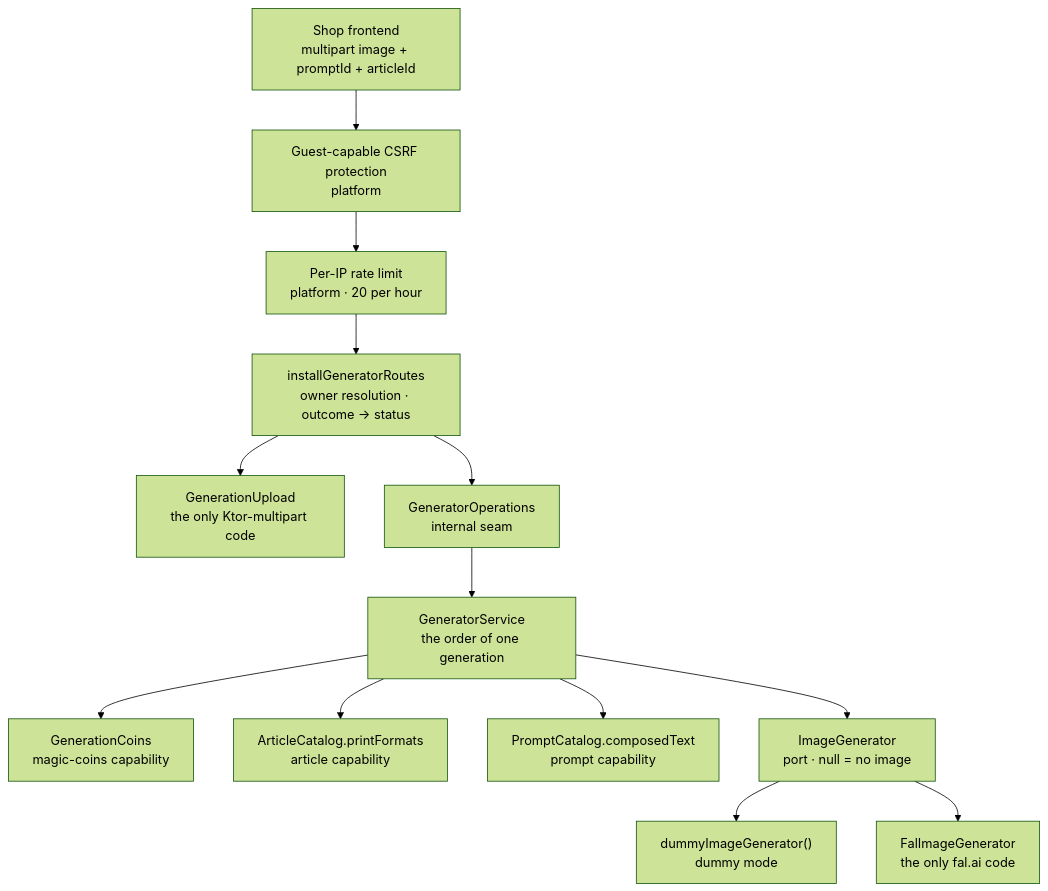
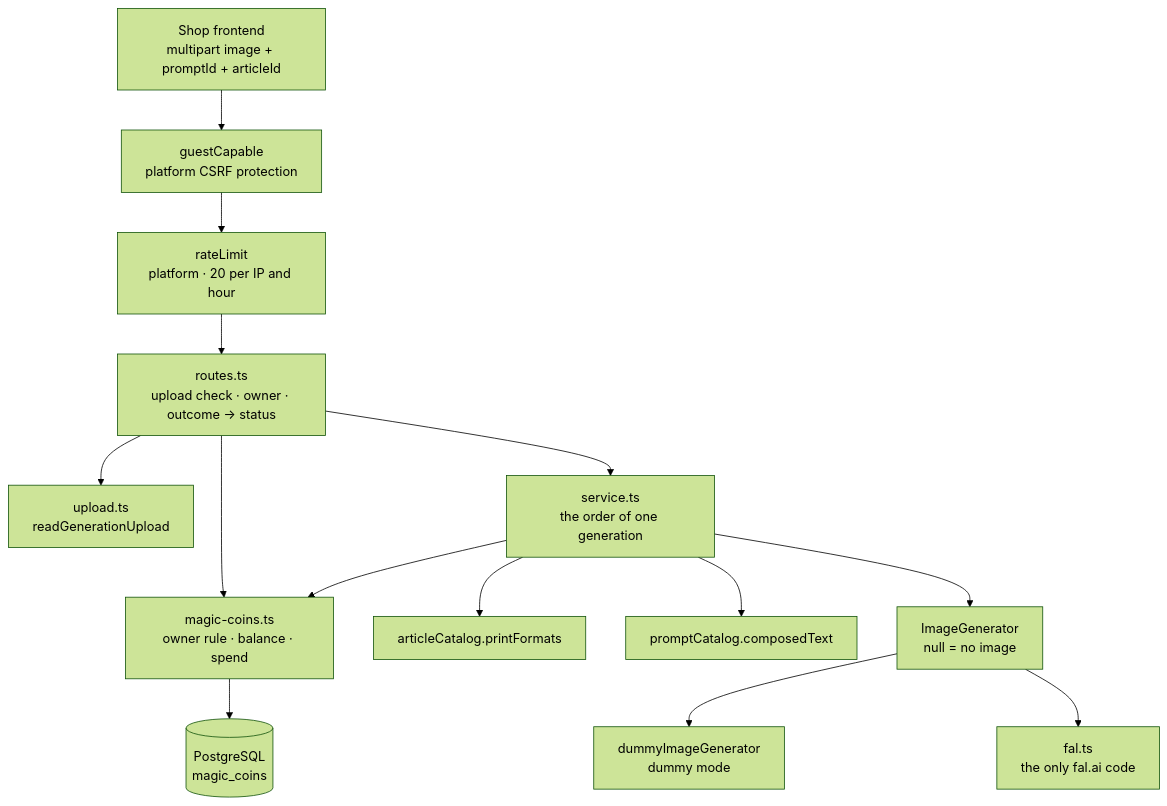
One commit to bitstorm-tech/voenix-shop-kotlin changed the diagram in docs/dev/backend/packages/generator-package.md. Above: the diagram before and after it, drawn with Mermaid (forest theme). The commit also changed other lines of this file and 1061 other files, not shown here.

````diff
--- a/docs/dev/backend/packages/generator-package.md
+++ b/docs/dev/backend/packages/generator-package.md
@@ -37,26 +42,27 @@
 ```mermaid
 flowchart TB
     Client["Shop frontend<br/>multipart image + promptId + articleId"]
-    Csrf["Guest-capable CSRF protection<br/>platform"]
-    Limit["Per-IP rate limit<br/>platform · 20 per hour"]
-    Routes["installGeneratorRoutes<br/>owner resolution · outcome → status"]
-    Upload["GenerationUpload<br/>the only Ktor-multipart code"]
-    Operations["GeneratorOperations<br/>internal seam"]
-    Service["GeneratorService<br/>the order of one generation"]
-    Coins["GenerationCoins<br/>magic-coins capability"]
-    Articles["ArticleCatalog.printFormats<br/>article capability"]
-    Prompts["PromptCatalog.composedText<br/>prompt capability"]
-    Port["ImageGenerator<br/>port · null = no image"]
-    Dummy["dummyImageGenerator()<br/>dummy mode"]
-    Fal["FalImageGenerator<br/>the only fal.ai code"]
+    Csrf["guestCapable<br/>platform CSRF protection"]
+    Limit["rateLimit<br/>platform · 20 per IP and hour"]
+    Routes["routes.ts<br/>upload check · owner · outcome → status"]
+    Upload["upload.ts<br/>readGenerationUpload"]
+    Service["service.ts<br/>the order of one generation"]
+    Coins["magic-coins.ts<br/>owner rule · balance · spend"]
+    Articles["articleCatalog.printFormats"]
+    Prompts["promptCatalog.composedText"]
+    Port["ImageGenerator<br/>null = no image"]
+    Dummy["dummyImageGenerator<br/>dummy mode"]
+    Fal["fal.ts<br/>the only fal.ai code"]
+    Table[("PostgreSQL<br/>magic_coins")]
 
     Client --> Csrf --> Limit --> Routes
     Routes --> Upload
-    Routes --> Operations --> Service
-    Service --> Coins
+    Routes --> Service
+    Routes --> Coins
+    Service --> Coins --> Table
     Service --> Articles
     Service --> Prompts
     Service --> Port
     Port --> Dummy
     Port --> Fal
 ```
````
